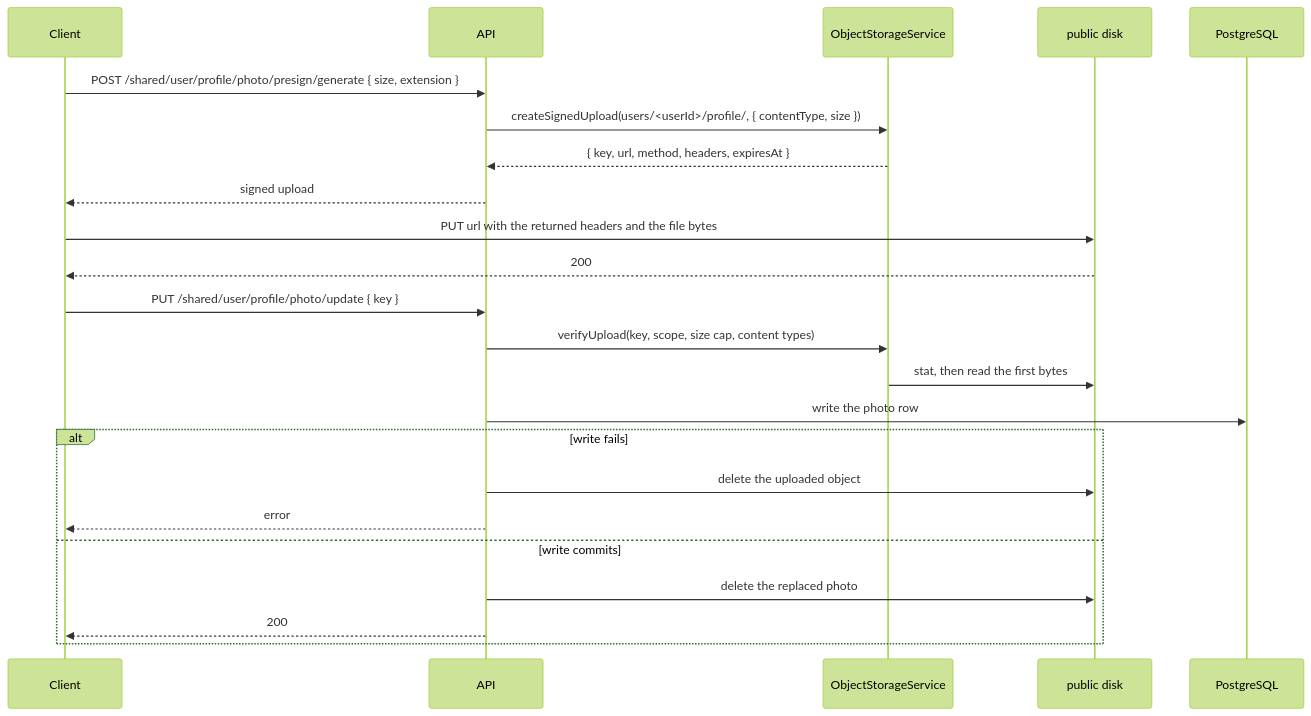
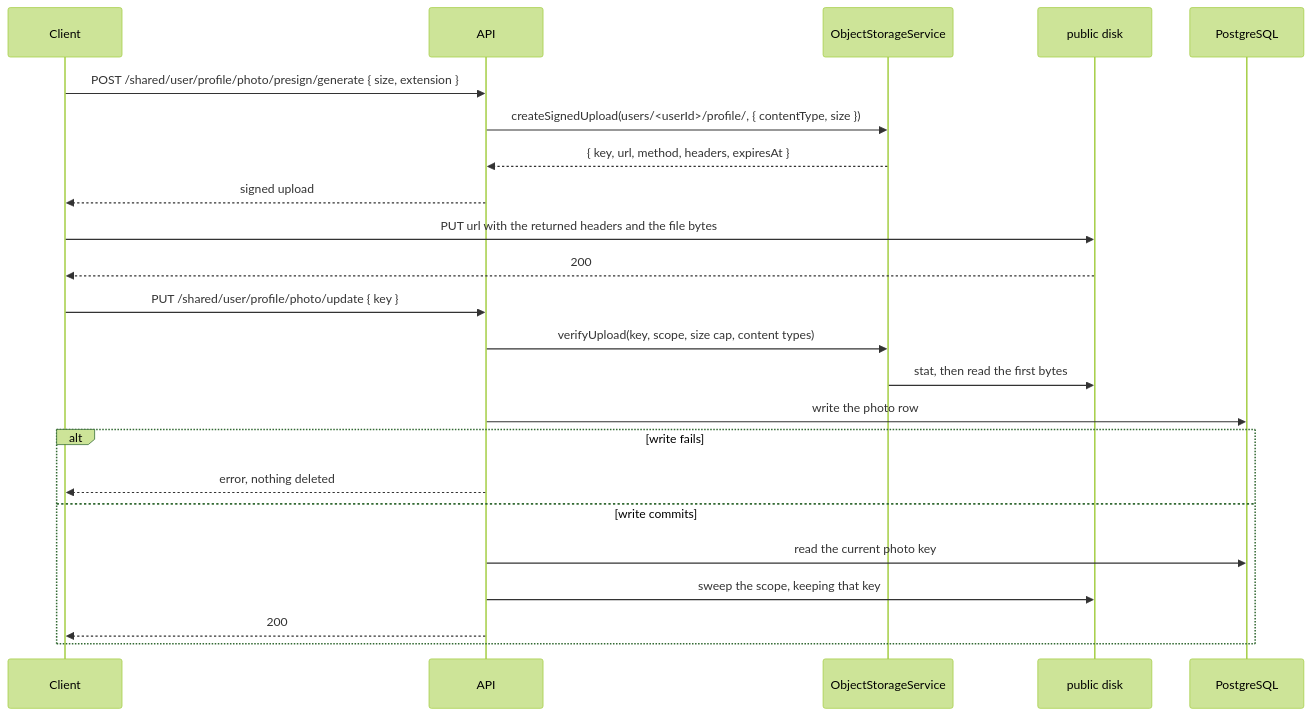
Before and after one commit to Gzerox/ack-nestjs-boilerplate: the diagram in docs/storage.md, drawn with Mermaid (forest theme). The commit also changed other lines of this file and 13 other files, not shown here.

Commit message:
refactor(storage): reclaim replaced uploads with a post-commit sweep

````diff
--- a/docs/storage.md
+++ b/docs/storage.md
@@ -189,28 +190,28 @@
 ```mermaid
 sequenceDiagram
     participant Client
     participant API
     participant Storage as ObjectStorageService
     participant Public as public disk
     participant DB as PostgreSQL
 
     Client->>API: POST /shared/user/profile/photo/presign/generate { size, extension }
     API->>Storage: createSignedUpload(users/<userId>/profile/, { contentType, size })
     Storage-->>API: { key, url, method, headers, expiresAt }
     API-->>Client: signed upload
 
     Client->>Public: PUT url with the returned headers and the file bytes
     Public-->>Client: 200
 
     Client->>API: PUT /shared/user/profile/photo/update { key }
     API->>Storage: verifyUpload(key, scope, size cap, content types)
     Storage->>Public: stat, then read the first bytes
     API->>DB: write the photo row
     alt write fails
-        API->>Public: delete the uploaded object
-        API-->>Client: error
+        API-->>Client: error, nothing deleted
     else write commits
-        API->>Public: delete the replaced photo
+        API->>DB: read the current photo key
+        API->>Public: sweep the scope, keeping that key
         API-->>Client: 200
     end
 ```
````
